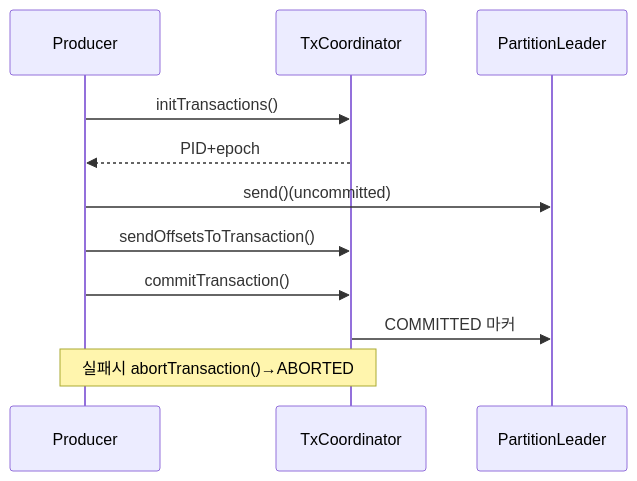
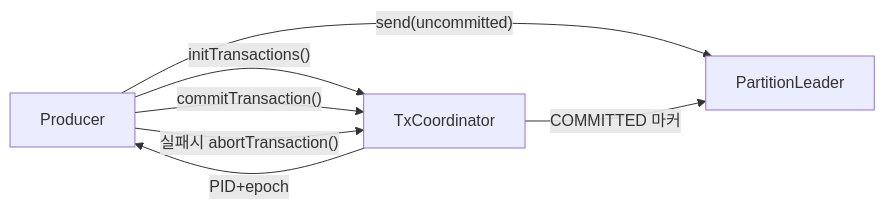
Before and after one commit to yjkim2015/yjkim2015.github.io: diagram 15 of 21 in _posts/kafka/2026-05-01-kafka-internals.md, drawn with Mermaid. The commit also changed other lines of this file and 32 other files, not shown here.

First line of the commit message:
sequenceDiagram 82개 → graph LR 변환 완료

````diff
--- a/_posts/kafka/2026-05-01-kafka-internals.md
+++ b/_posts/kafka/2026-05-01-kafka-internals.md
@@ -432,13 +412,9 @@
 ```mermaid
-sequenceDiagram
-    participant P as Producer
-    participant TC as TxCoordinator
-    participant PL as PartitionLeader
-    P->>TC: initTransactions()
-    TC-->>P: PID+epoch
-    P->>PL: send()(uncommitted)
-    P->>TC: sendOffsetsToTransaction()
-    P->>TC: commitTransaction()
-    TC->>PL: COMMITTED 마커
-    Note over P,TC: 실패시 abortTransaction()→ABORTED
+graph LR
+    P["Producer"] -->|"initTransactions()"| TC["TxCoordinator"]
+    TC -->|"PID+epoch"| P
+    P -->|"send(uncommitted)"| PL["PartitionLeader"]
+    P -->|"commitTransaction()"| TC
+    TC -->|"COMMITTED 마커"| PL
+    P -->|"실패시 abortTransaction()"| TC
 ```
````
